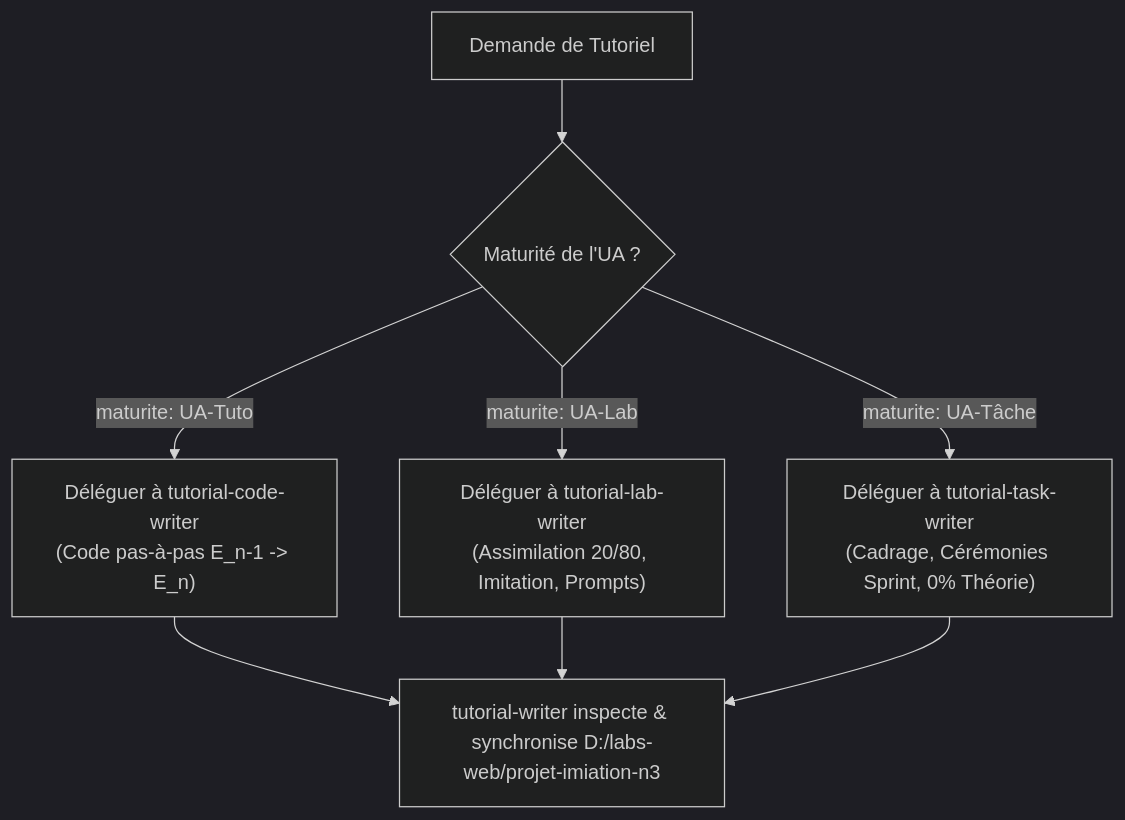
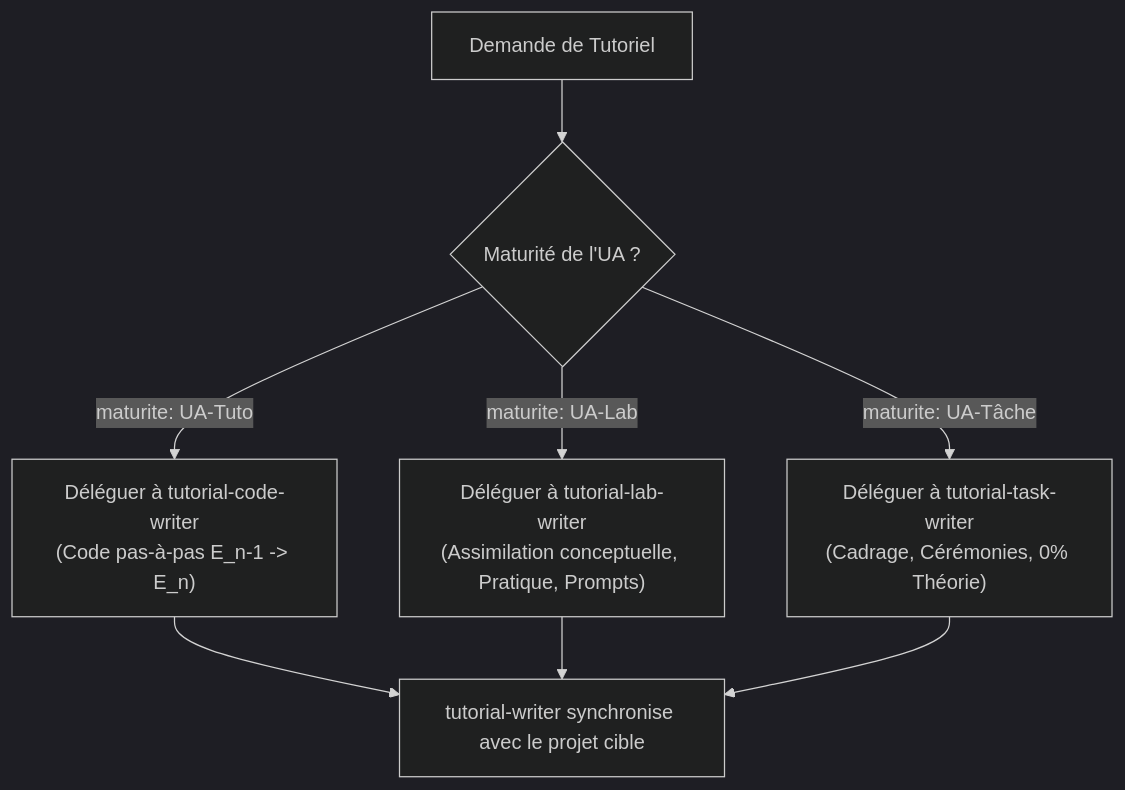
Before and after one commit to solicode-web-mobile/autoformations-professionaliser: the second of 2 diagrams in .agents/skills/tutorial-writer/SKILL.md, drawn with Mermaid (dark theme). The commit also changed other lines of this file and 10 other files, not shown here.

````diff
--- a/.agents/skills/tutorial-writer/SKILL.md
+++ b/.agents/skills/tutorial-writer/SKILL.md
@@ -111,12 +116,12 @@
 ```mermaid
 flowchart TD
     Req["Demande de Tutoriel"] --> CheckMaturite{"Maturité de l'UA ?"}
     
     CheckMaturite -->|maturite: UA-Tuto| RouteTuto["Déléguer à tutorial-code-writer<br/>(Code pas-à-pas E_n-1 -> E_n)"]
-    CheckMaturite -->|maturite: UA-Lab| RouteLab["Déléguer à tutorial-lab-writer<br/>(Assimilation 20/80, Imitation, Prompts)"]
-    CheckMaturite -->|maturite: UA-Tâche| RouteTask["Déléguer à tutorial-task-writer<br/>(Cadrage, Cérémonies Sprint, 0% Théorie)"]
+    CheckMaturite -->|maturite: UA-Lab| RouteLab["Déléguer à tutorial-lab-writer<br/>(Assimilation conceptuelle, Pratique, Prompts)"]
+    CheckMaturite -->|maturite: UA-Tâche| RouteTask["Déléguer à tutorial-task-writer<br/>(Cadrage, Cérémonies, 0% Théorie)"]
     
-    RouteTuto --> PostSync["tutorial-writer inspecte & synchronise D:/labs-web/projet-imiation-n3"]
+    RouteTuto --> PostSync["tutorial-writer synchronise avec le projet cible"]
     RouteLab --> PostSync
     RouteTask --> PostSync
 ```
````
